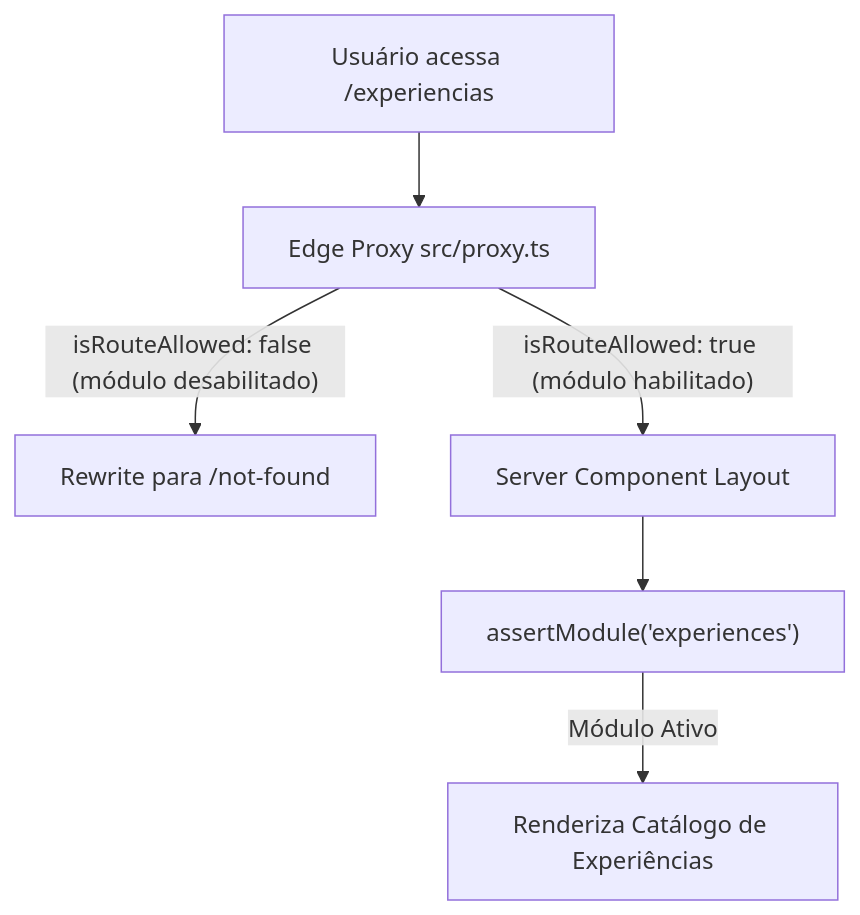
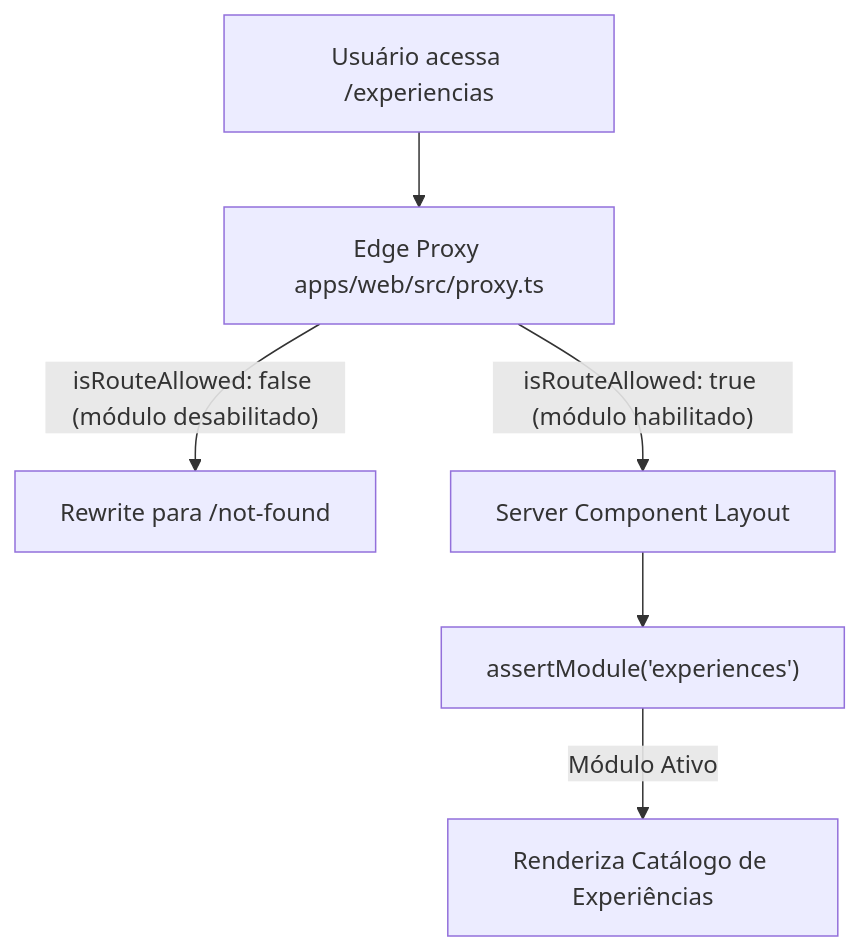
The first of 2 diagrams in docs/pages/portal/EXPERIENCIAS.md (gui-bus/clubkey), drawn with Mermaid before and after one commit. The commit also changed other lines of this file and 9 other files, not shown here.

````diff
--- a/docs/pages/portal/EXPERIENCIAS.md
+++ b/docs/pages/portal/EXPERIENCIAS.md
@@ -11,8 +11,8 @@
 ```mermaid
 flowchart TD
-    Req["Usuário acessa /experiencias"] --> Proxy["Edge Proxy src/proxy.ts"]
+    Req["Usuário acessa /experiencias"] --> Proxy["Edge Proxy apps/web/src/proxy.ts"]
     Proxy -- "isRouteAllowed: false (módulo desabilitado)" --> 404["Rewrite para /not-found"]
     Proxy -- "isRouteAllowed: true (módulo habilitado)" --> Layout["Server Component Layout"]
     Layout --> Guard["assertModule('experiences')"]
     Guard -- "Módulo Ativo" --> Page["Renderiza Catálogo de Experiências"]
 ```
````
